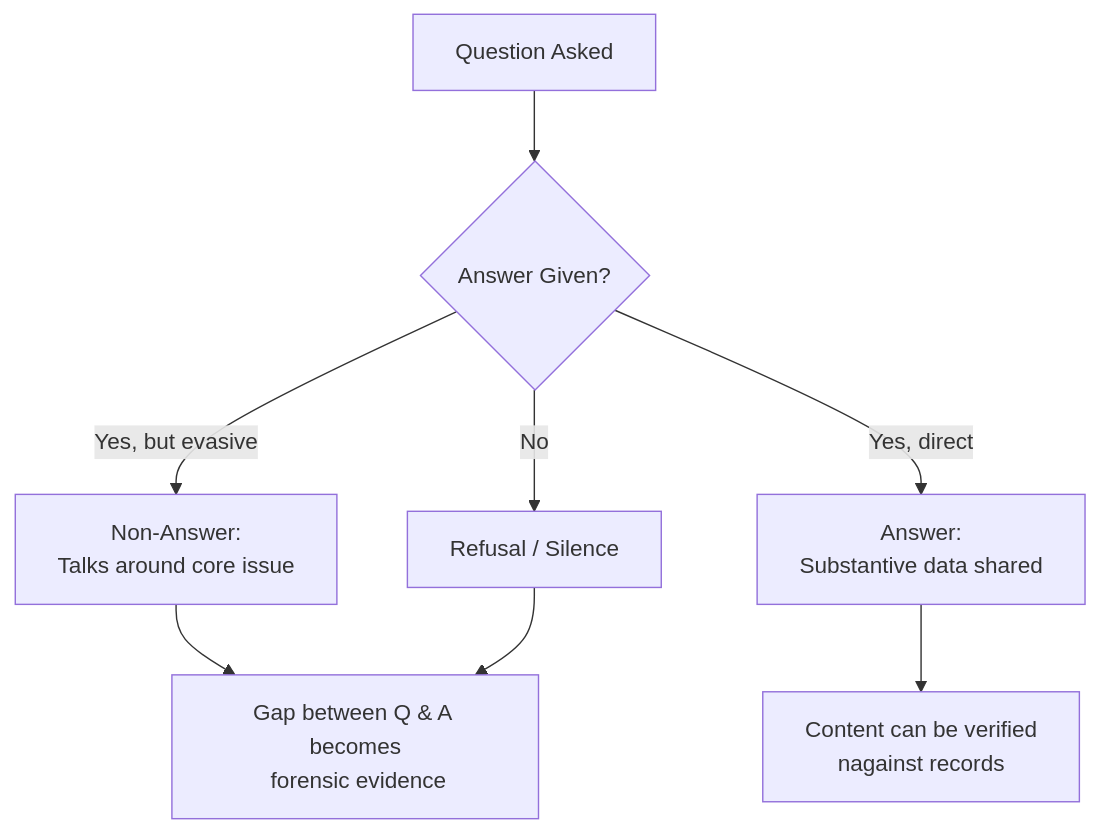
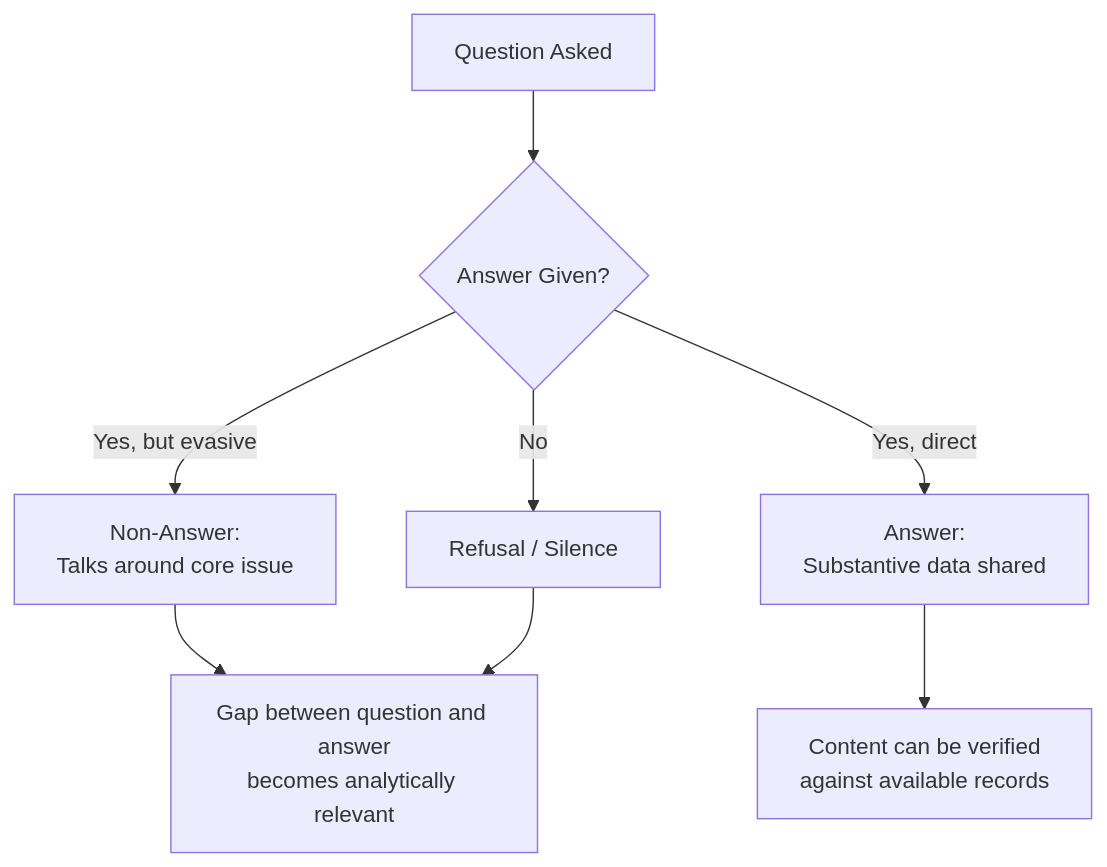
Before and after one commit to josefsbreakfast/Polaris-Protocol: the diagram in Disruption_Kit/Big_Picture_Protocols/🌀_System_Governance/📚_Narrative_Management/📚_forensic_silence.md, drawn with Mermaid. The commit also changed other lines of this file, not shown here.

````diff
--- a/Disruption_Kit/Big_Picture_Protocols/🌀_System_Governance/📚_Narrative_Management/📚_forensic_silence.md
+++ b/Disruption_Kit/Big_Picture_Protocols/🌀_System_Governance/📚_Narrative_Management/📚_forensic_silence.md
@@ -66,10 +164,10 @@
 ```mermaid
 flowchart TD
     A[Question Asked] --> B{Answer Given?}
-    B -->|Yes, but evasive| C[Non-Answer:<br> Talks around core issue]
-    B -->|Yes, direct| D[Answer:<br> Substantive data shared]
+    B -->|Yes, but evasive| C[Non-Answer:<br>Talks around core issue]
+    B -->|Yes, direct| D[Answer:<br>Substantive data shared]
     B -->|No| E[Refusal / Silence]
-    C --> F[Gap between Q & A becomes<br> forensic evidence]
+    C --> F[Gap between question and answer<br>becomes analytically relevant]
     E --> F
-    D --> G[Content can be verified<br> nagainst records]
+    D --> G[Content can be verified<br>against available records]
 ```
````
